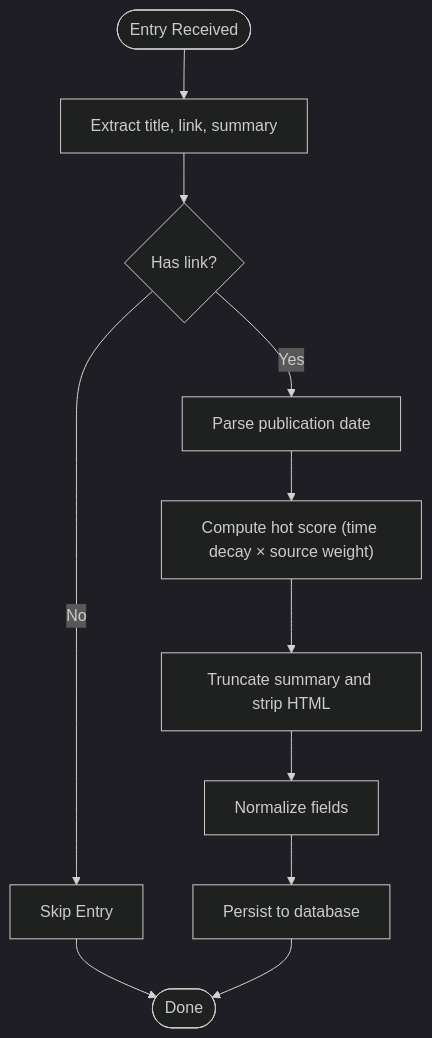
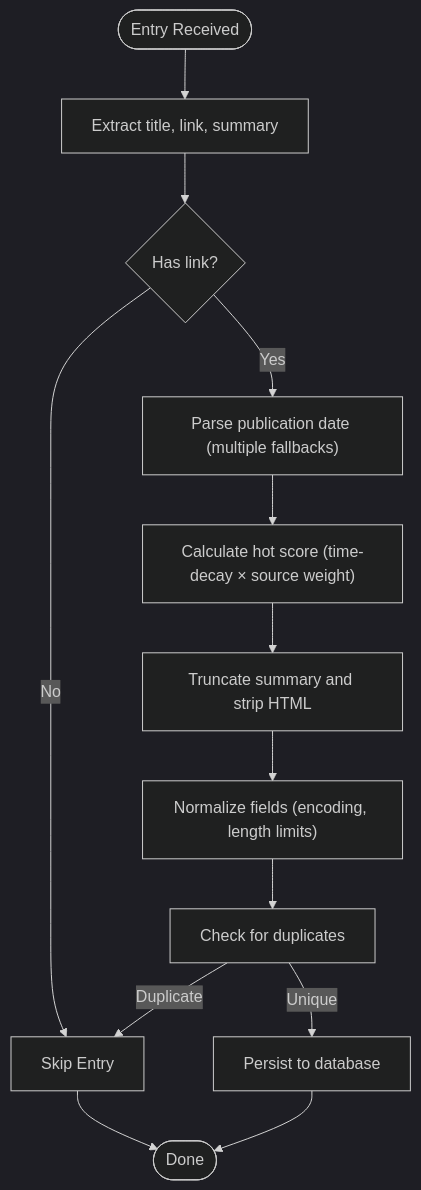
One commit to zbw-zbw/news-aggregator changed the third of 5 diagrams in .qoder/repowiki/en/content/RSS Crawler System/RSS Crawler System.md. Above: the diagram before and after it, drawn with Mermaid (dark theme). The commit also changed other lines of this file and 4 other files, not shown here.

````diff
--- a/.qoder/repowiki/en/content/RSS Crawler System/RSS Crawler System.md
+++ b/.qoder/repowiki/en/content/RSS Crawler System/RSS Crawler System.md
@@ -167,13 +183,15 @@
 ```mermaid
 flowchart TD
 Start(["Entry Received"]) --> Extract["Extract title, link, summary"]
 Extract --> Validate{"Has link?"}
 Validate --> |No| Skip["Skip Entry"]
-Validate --> |Yes| Date["Parse publication date"]
-Date --> Score["Compute hot score (time decay × source weight)"]
+Validate --> |Yes| Date["Parse publication date (multiple fallbacks)"]
+Date --> Score["Calculate hot score (time-decay × source weight)"]
 Score --> Trunc["Truncate summary and strip HTML"]
-Trunc --> Normalize["Normalize fields"]
-Normalize --> Save["Persist to database"]
+Trunc --> Normalize["Normalize fields (encoding, length limits)"]
+Normalize --> Deduplicate["Check for duplicates"]
+Deduplicate --> |Duplicate| Skip["Skip Entry"]
+Deduplicate --> |Unique| Save["Persist to database"]
 Skip --> End(["Done"])
 Save --> End
 ```
````
